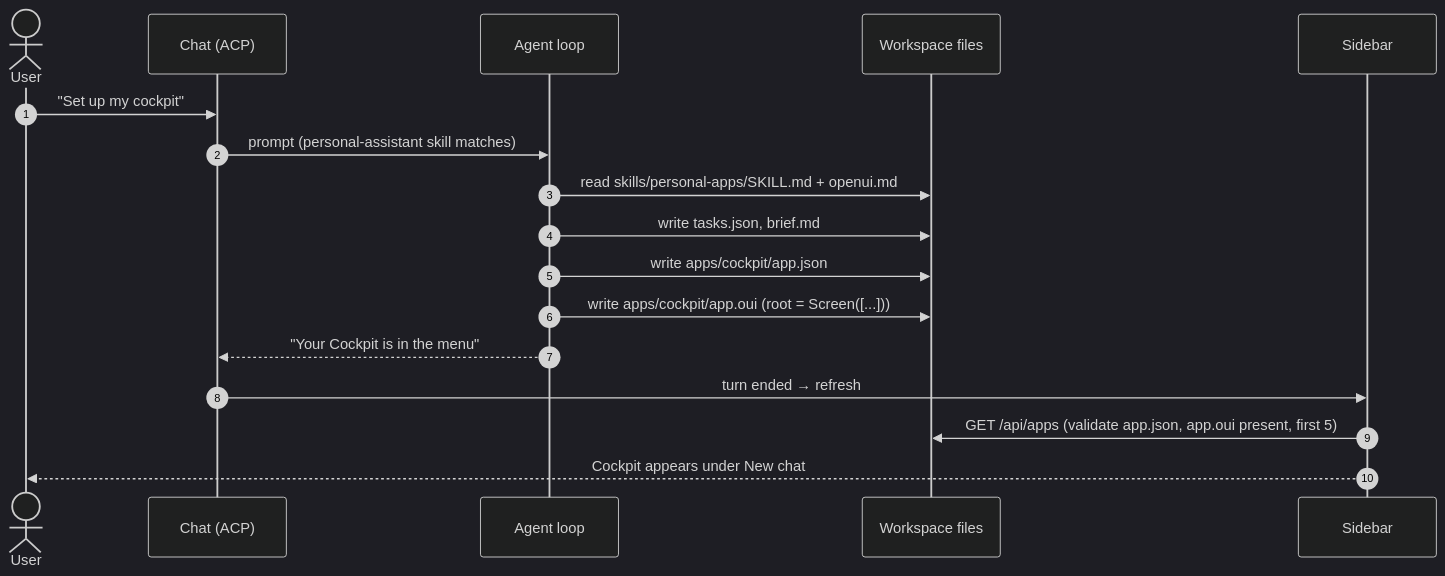
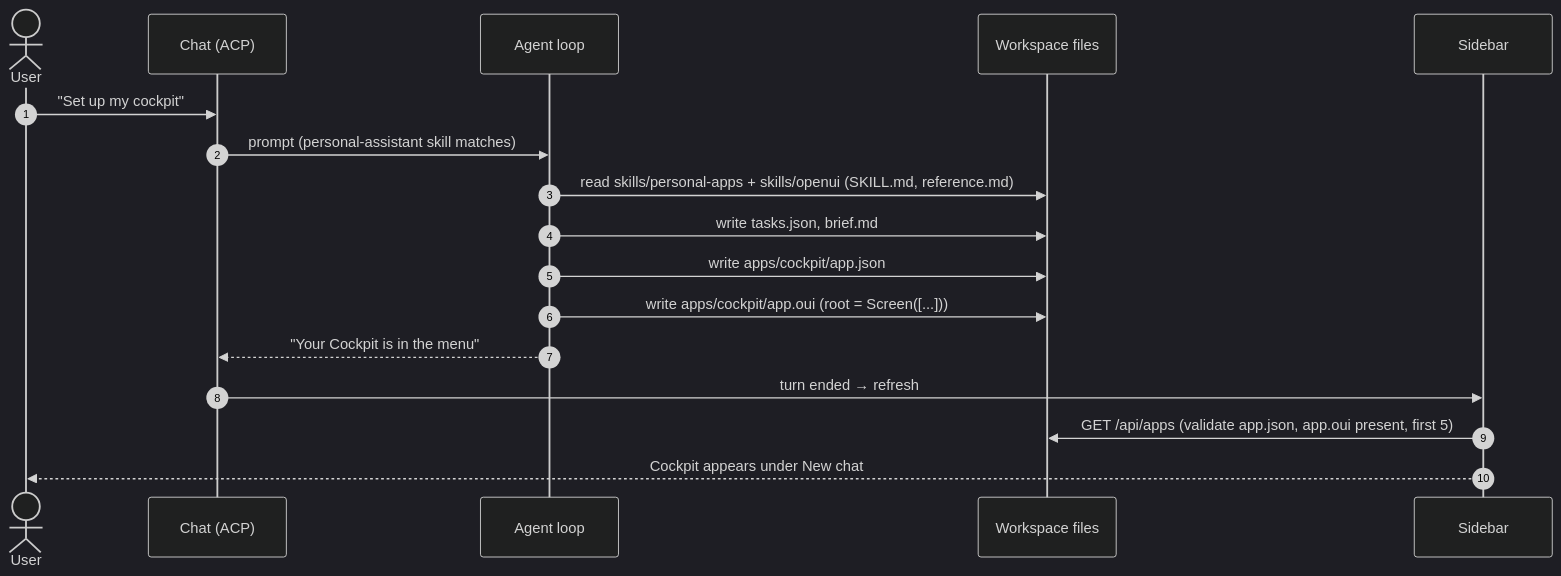
Before and after one commit to alfredfrancis/ai-chatbot-framework: the second of 3 diagrams in docs/personal-apps.md, drawn with Mermaid (dark theme). The commit also changed other lines of this file and 28 other files, not shown here.

First line of the commit message:
Split OpenUI into its own skill, add charts/tabs/inputs, render openui views in chat

````diff
--- a/docs/personal-apps.md
+++ b/docs/personal-apps.md
@@ -70,19 +70,19 @@
 ```mermaid
 sequenceDiagram
   autonumber
   actor U as User
   participant C as Chat (ACP)
   participant A as Agent loop
   participant W as Workspace files
   participant S as Sidebar
   U->>C: "Set up my cockpit"
   C->>A: prompt (personal-assistant skill matches)
-  A->>W: read skills/personal-apps/SKILL.md + openui.md
+  A->>W: read skills/personal-apps + skills/openui (SKILL.md, reference.md)
   A->>W: write tasks.json, brief.md
   A->>W: write apps/cockpit/app.json
   A->>W: write apps/cockpit/app.oui (root = Screen([...]))
   A-->>C: "Your Cockpit is in the menu"
   C->>S: turn ended → refresh
   S->>W: GET /api/apps (validate app.json, app.oui present, first 5)
   S-->>U: Cockpit appears under New chat
 ```
````
